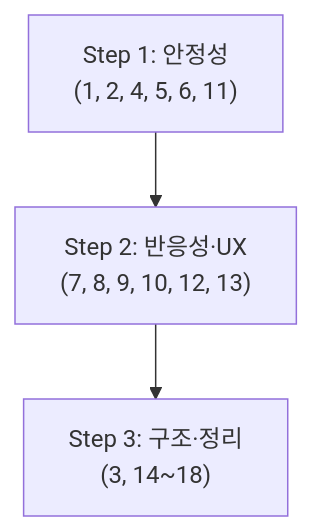
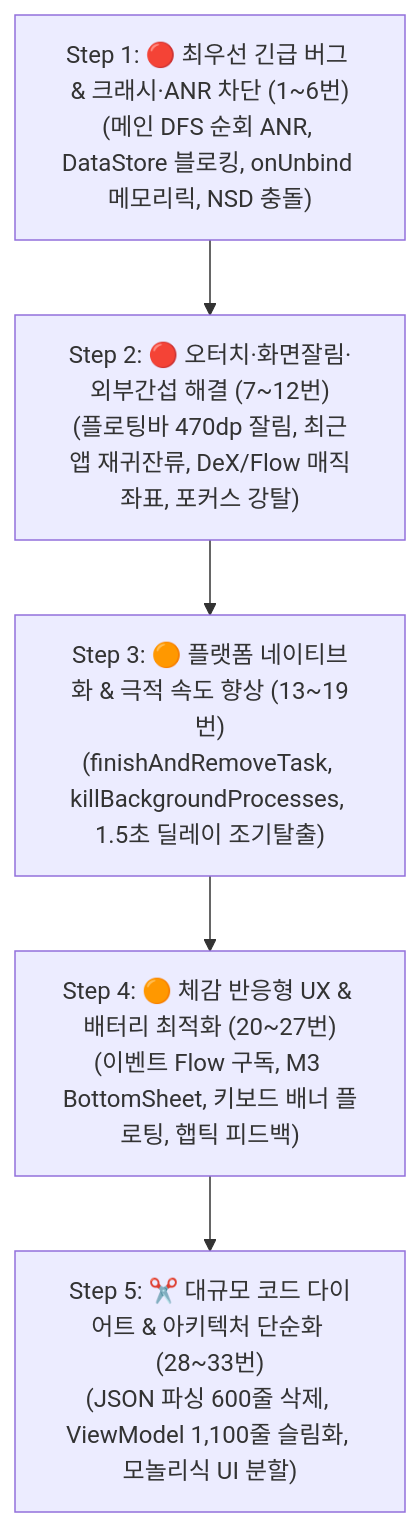
Before and after one commit to asambrive4-rgb/gemgemgen: the diagram in docs/체크리스트.md, drawn with Mermaid. The commit also changed other lines of this file and 4 other files, not shown here.

First line of the commit message:
fix(automation): 플로팅 오버레이 바 고정폭(470dp) 소형 스마트폰 화면 잘림 해결 및 반응형 전환

````diff
--- a/docs/체크리스트.md
+++ b/docs/체크리스트.md
@@ -119,4 +485,10 @@
 ```mermaid
 flowchart TD
-    S1["Step 1: 안정성<br/>(1, 2, 4, 5, 6, 11)"] --> S2["Step 2: 반응성·UX<br/>(7, 8, 9, 10, 12, 13)"] --> S3["Step 3: 구조·정리<br/>(3, 14~18)"]
+    Step1["Step 1: 🔴 최우선 긴급 버그 & 크래시·ANR 차단 (1~6번)<br/>(메인 DFS 순회 ANR, DataStore 블로킹, onUnbind 메모리릭, NSD 충돌)"]
+    Step2["Step 2: 🔴 오터치·화면잘림·외부간섭 해결 (7~12번)<br/>(플로팅바 470dp 잘림, 최근앱 재귀잔류, DeX/Flow 매직좌표, 포커스 강탈)"]
+    Step3["Step 3: 🟠 플랫폼 네이티브화 & 극적 속도 향상 (13~19번)<br/>(finishAndRemoveTask, killBackgroundProcesses, 1.5초 딜레이 조기탈출)"]
+    Step4["Step 4: 🟠 체감 반응형 UX & 배터리 최적화 (20~27번)<br/>(이벤트 Flow 구독, M3 BottomSheet, 키보드 배너 플로팅, 햅틱 피드백)"]
+    Step5["Step 5: ✂️ 대규모 코드 다이어트 & 아키텍처 단순화 (28~33번)<br/>(JSON 파싱 600줄 삭제, ViewModel 1,100줄 슬림화, 모놀리식 UI 분할)"]
+
+    Step1 --> Step2 --> Step3 --> Step4 --> Step5
 ```
````
